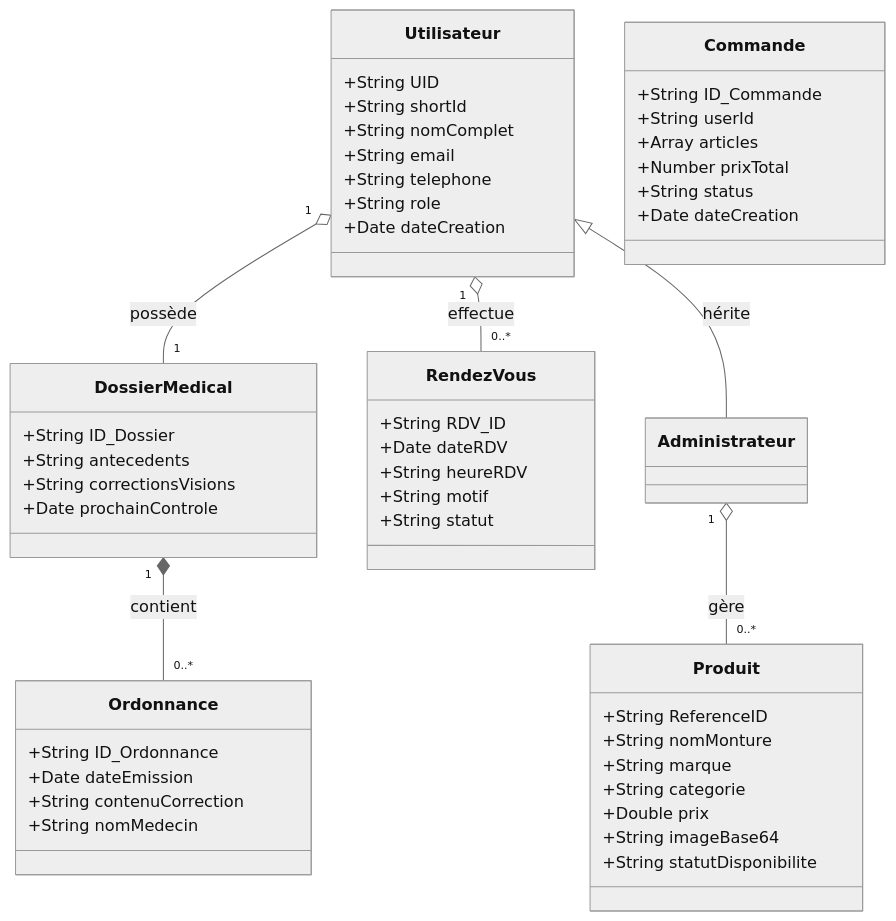
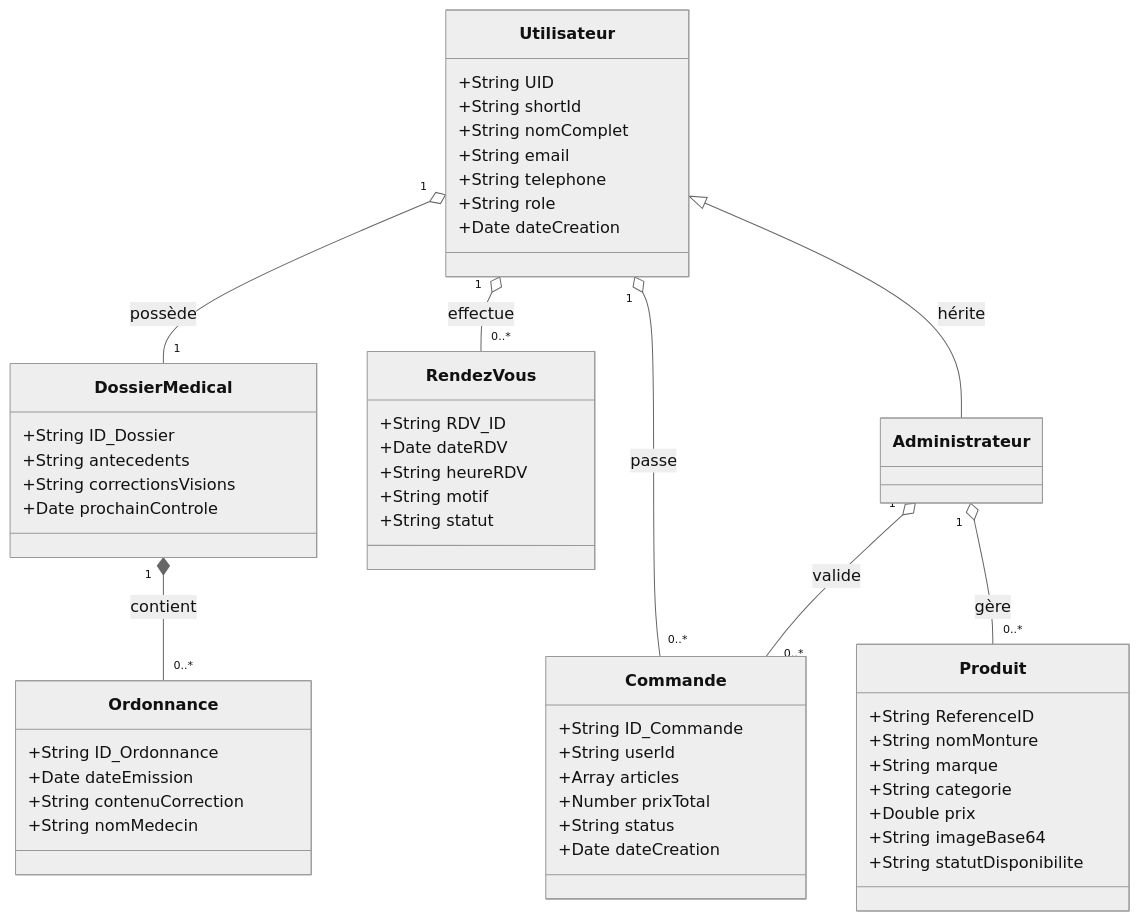
Before and after one commit to Midousy92/Barham_Optic: the fourth of 6 diagrams in Memoire_Complet_Barham_Optic.md, drawn with Mermaid (neutral theme).

Commit message:
docs: correction des liaisons de la classe Commande dans le diagramme de classes

````diff
--- a/Memoire_Complet_Barham_Optic.md
+++ b/Memoire_Complet_Barham_Optic.md
@@ -276,59 +276,61 @@
 ```mermaid
 classDiagram
     class Utilisateur {
         +String UID
         +String shortId
         +String nomComplet
         +String email
         +String telephone
         +String role
         +Date dateCreation
     }
     
     class DossierMedical {
         +String ID_Dossier
         +String antecedents
         +String correctionsVisions
         +Date prochainControle
     }
 
     class Ordonnance {
         +String ID_Ordonnance
         +Date dateEmission
         +String contenuCorrection
         +String nomMedecin
     }
     
     class Commande {
         +String ID_Commande
         +String userId
         +Array articles
         +Number prixTotal
         +String status
         +Date dateCreation
     }
     
     class Produit {
         +String ReferenceID
         +String nomMonture
         +String marque
         +String categorie
         +Double prix
         +String imageBase64
         +String statutDisponibilite
     }
     
     class RendezVous {
         +String RDV_ID
         +Date dateRDV
         +String heureRDV
         +String motif
         +String statut
     }
 
     Utilisateur "1" o-- "1" DossierMedical : possède
     DossierMedical "1" *-- "0..*" Ordonnance : contient
     Utilisateur "1" o-- "0..*" RendezVous : effectue
+    Utilisateur "1" o-- "0..*" Commande : passe
     Administrateur "1" o-- "0..*" Produit : gère
+    Administrateur "1" o-- "0..*" Commande : valide
     Utilisateur <|-- Administrateur : hérite
 ```
````
